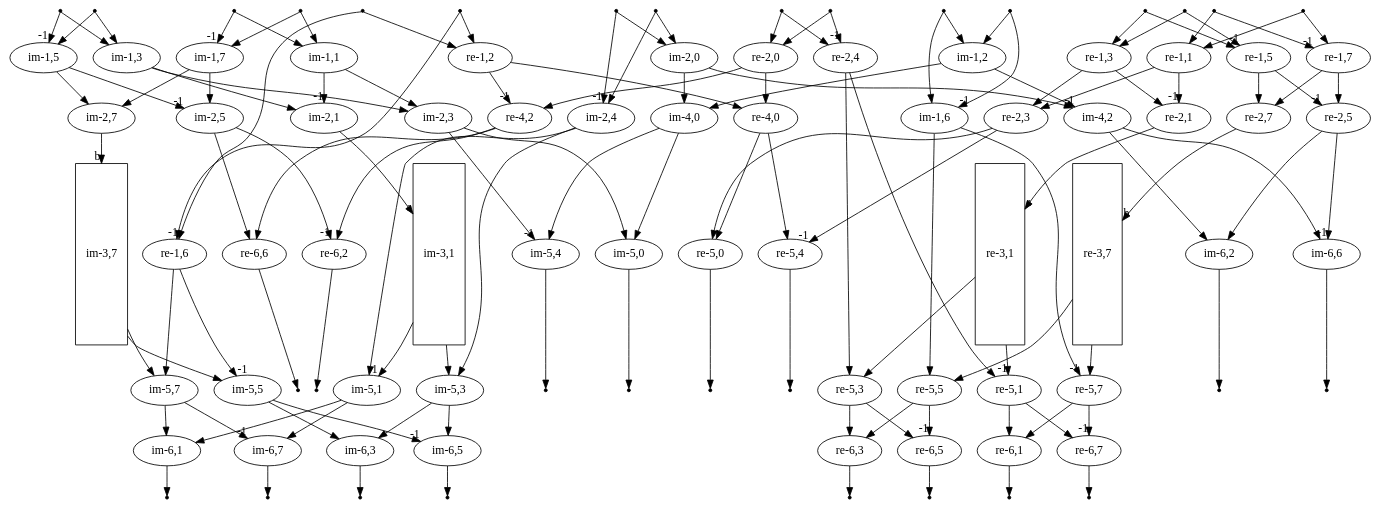
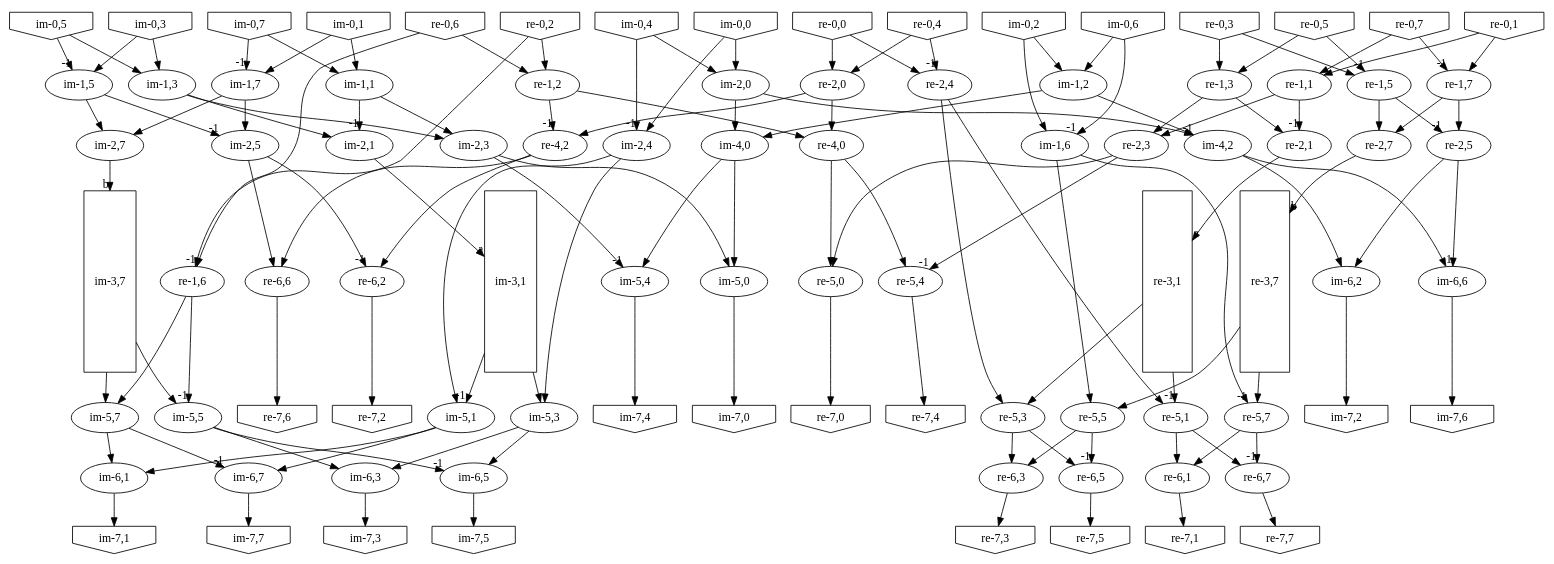
The diagram in src/graph2stack/dot/02.dot (drom/stackdrom), drawn with Graphviz before and after one commit. The commit also changed 24 other files, not shown here.

```diff
--- a/src/graph2stack/dot/02.dot
+++ b/src/graph2stack/dot/02.dot
@@ -2,14 +2,14 @@
 {
 
   /* list of nodes */
-  "im-0,0" [shape="point"];
-  "im-0,1" [shape="point"];
-  "im-0,2" [shape="point"];
-  "im-0,3" [shape="point"];
-  "im-0,4" [shape="point"];
-  "im-0,5" [shape="point"];
-  "im-0,6" [shape="point"];
-  "im-0,7" [shape="point"];
+  "im-0,0" [shape="invhouse"];
+  "im-0,1" [shape="invhouse"];
+  "im-0,2" [shape="invhouse"];
+  "im-0,3" [shape="invhouse"];
+  "im-0,4" [shape="invhouse"];
+  "im-0,5" [shape="invhouse"];
+  "im-0,6" [shape="invhouse"];
+  "im-0,7" [shape="invhouse"];
   "im-1,1" [shape="oval"];
   "im-1,2" [shape="oval"];
   "im-1,3" [shape="oval"];
@@ -38,22 +38,22 @@
   "im-6,5" [shape="oval"];
   "im-6,6" [shape="oval"];
   "im-6,7" [shape="oval"];
-  "im-7,0" [shape="point"];
-  "im-7,1" [shape="point"];
-  "im-7,2" [shape="point"];
-  "im-7,3" [shape="point"];
-  "im-7,4" [shape="point"];
-  "im-7,5" [shape="point"];
-  "im-7,6" [shape="point"];
-  "im-7,7" [shape="point"];
-  "re-0,0" [shape="point"];
-  "re-0,1" [shape="point"];
-  "re-0,2" [shape="point"];
-  "re-0,3" [shape="point"];
-  "re-0,4" [shape="point"];
-  "re-0,5" [shape="point"];
-  "re-0,6" [shape="point"];
-  "re-0,7" [shape="point"];
+  "im-7,0" [shape="invhouse"];
+  "im-7,1" [shape="invhouse"];
+  "im-7,2" [shape="invhouse"];
+  "im-7,3" [shape="invhouse"];
+  "im-7,4" [shape="invhouse"];
+  "im-7,5" [shape="invhouse"];
+  "im-7,6" [shape="invhouse"];
+  "im-7,7" [shape="invhouse"];
+  "re-0,0" [shape="invhouse"];
+  "re-0,1" [shape="invhouse"];
+  "re-0,2" [shape="invhouse"];
+  "re-0,3" [shape="invhouse"];
+  "re-0,4" [shape="invhouse"];
+  "re-0,5" [shape="invhouse"];
+  "re-0,6" [shape="invhouse"];
+  "re-0,7" [shape="invhouse"];
   "re-1,1" [shape="oval"];
   "re-1,2" [shape="oval"];
   "re-1,3" [shape="oval"];
@@ -82,14 +82,14 @@
   "re-6,5" [shape="oval"];
   "re-6,6" [shape="oval"];
   "re-6,7" [shape="oval"];
-  "re-7,0" [shape="point"];
-  "re-7,1" [shape="point"];
-  "re-7,2" [shape="point"];
-  "re-7,3" [shape="point"];
-  "re-7,4" [shape="point"];
-  "re-7,5" [shape="point"];
-  "re-7,6" [shape="point"];
-  "re-7,7" [shape="point"];
+  "re-7,0" [shape="invhouse"];
+  "re-7,1" [shape="invhouse"];
+  "re-7,2" [shape="invhouse"];
+  "re-7,3" [shape="invhouse"];
+  "re-7,4" [shape="invhouse"];
+  "re-7,5" [shape="invhouse"];
+  "re-7,6" [shape="invhouse"];
+  "re-7,7" [shape="invhouse"];
 
   /* list of edges */
   "im-0,0" -> "im-2,0";
```
